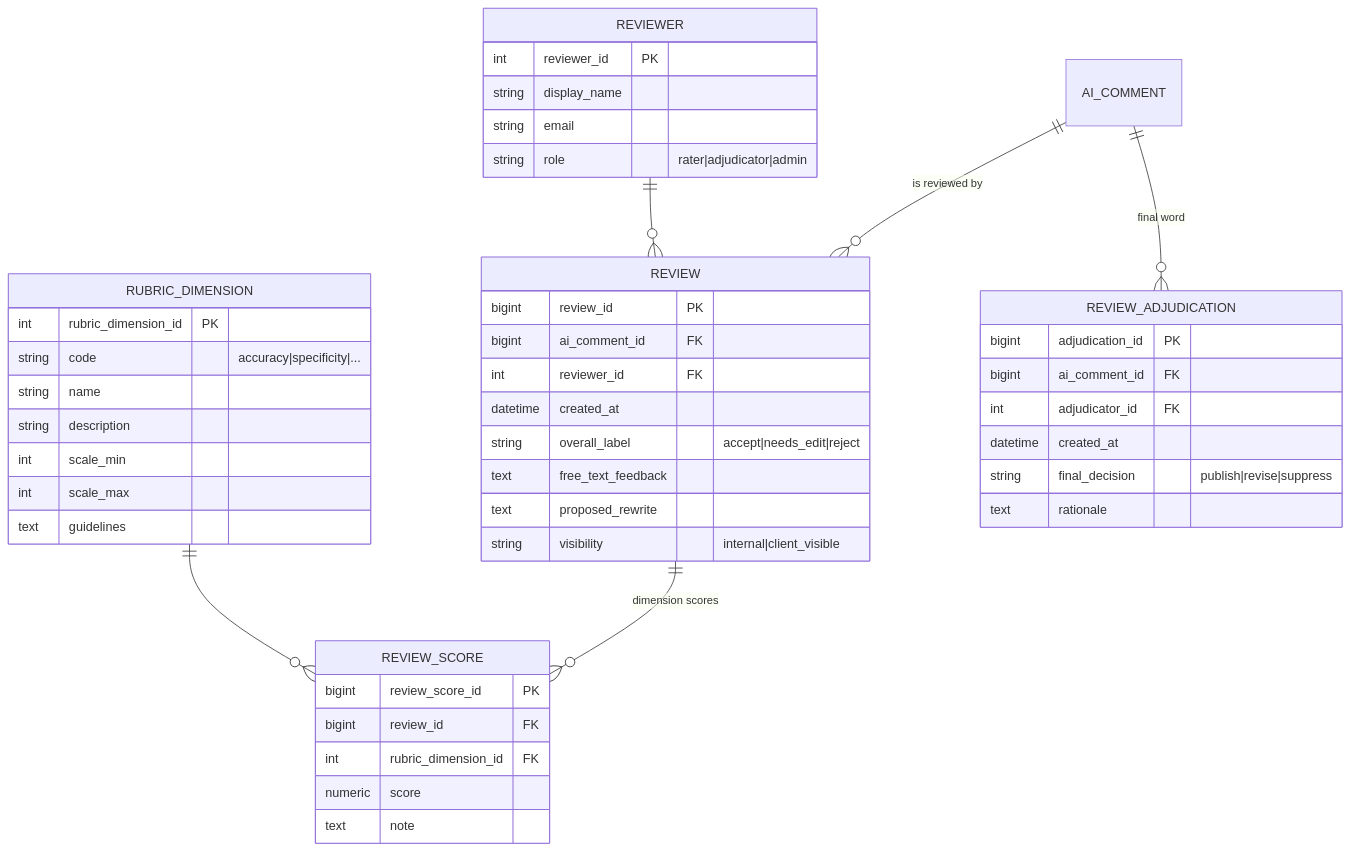
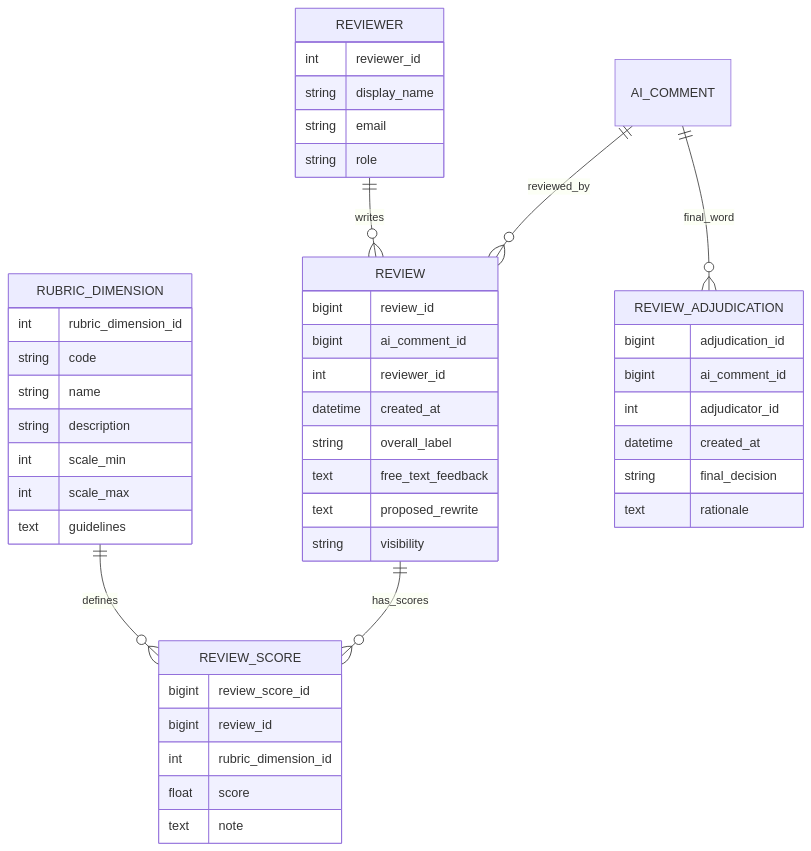
Before and after one commit to portizv26/oil_analysis: the sixth of 7 diagrams in data_contracts.md, drawn with Mermaid. The commit also changed other lines of this file, not shown here.

````diff
--- a/data_contracts.md
+++ b/data_contracts.md
@@ -251,49 +252,49 @@
 ```mermaid
 erDiagram
-  AI_COMMENT ||--o{ REVIEW : "is reviewed by"
-  REVIEW ||--o{ REVIEW_SCORE : "dimension scores"
-  REVIEWER ||--o{ REVIEW : ""
-  RUBRIC_DIMENSION ||--o{ REVIEW_SCORE : ""
-  AI_COMMENT ||--o{ REVIEW_ADJUDICATION : "final word"
+  AI_COMMENT ||--o{ REVIEW : reviewed_by
+  REVIEW ||--o{ REVIEW_SCORE : has_scores
+  REVIEWER ||--o{ REVIEW : writes
+  RUBRIC_DIMENSION ||--o{ REVIEW_SCORE : defines
+  AI_COMMENT ||--o{ REVIEW_ADJUDICATION : final_word
 
   REVIEWER {
-    int reviewer_id PK
+    int reviewer_id
     string display_name
     string email
-    string role "rater|adjudicator|admin"
+    string role
   }
   RUBRIC_DIMENSION {
-    int rubric_dimension_id PK
-    string code "accuracy|specificity|..."
+    int rubric_dimension_id
+    string code
     string name
     string description
     int scale_min
     int scale_max
     text guidelines
   }
   REVIEW {
-    bigint review_id PK
-    bigint ai_comment_id FK
-    int reviewer_id FK
+    bigint review_id
+    bigint ai_comment_id
+    int reviewer_id
     datetime created_at
-    string overall_label "accept|needs_edit|reject"
+    string overall_label
     text free_text_feedback
     text proposed_rewrite
-    string visibility "internal|client_visible"
+    string visibility
   }
   REVIEW_SCORE {
-    bigint review_score_id PK
-    bigint review_id FK
-    int rubric_dimension_id FK
-    numeric score
+    bigint review_score_id
+    bigint review_id
+    int rubric_dimension_id
+    float score
     text note
   }
   REVIEW_ADJUDICATION {
-    bigint adjudication_id PK
-    bigint ai_comment_id FK
-    int adjudicator_id FK
+    bigint adjudication_id
+    bigint ai_comment_id
+    int adjudicator_id
     datetime created_at
-    string final_decision "publish|revise|suppress"
+    string final_decision
     text rationale
   }
 ```
````
